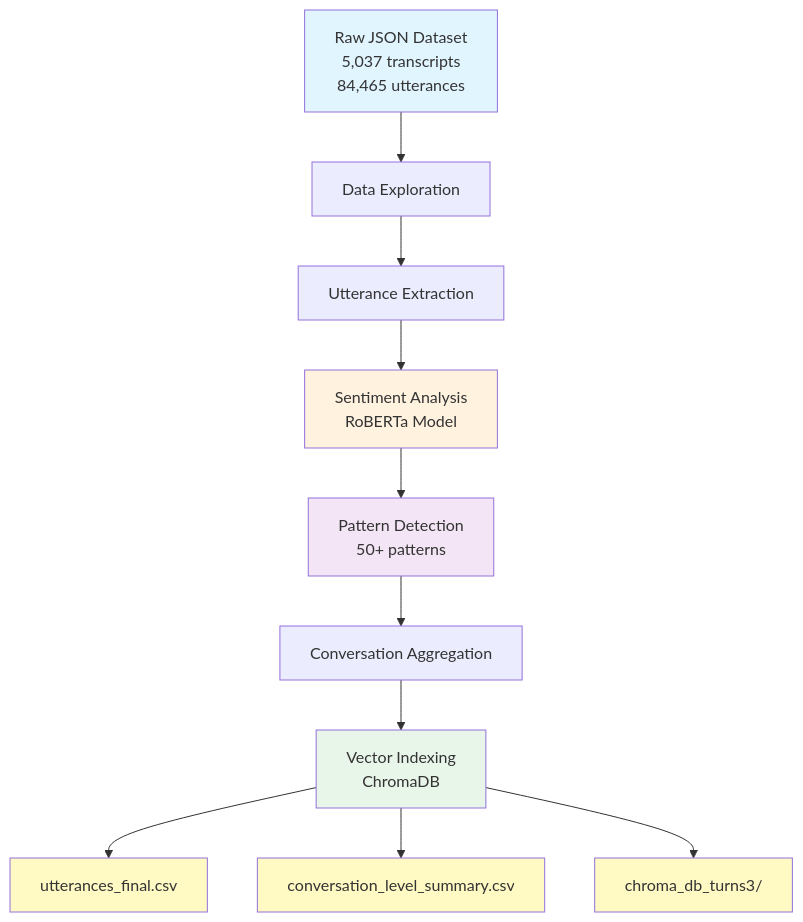
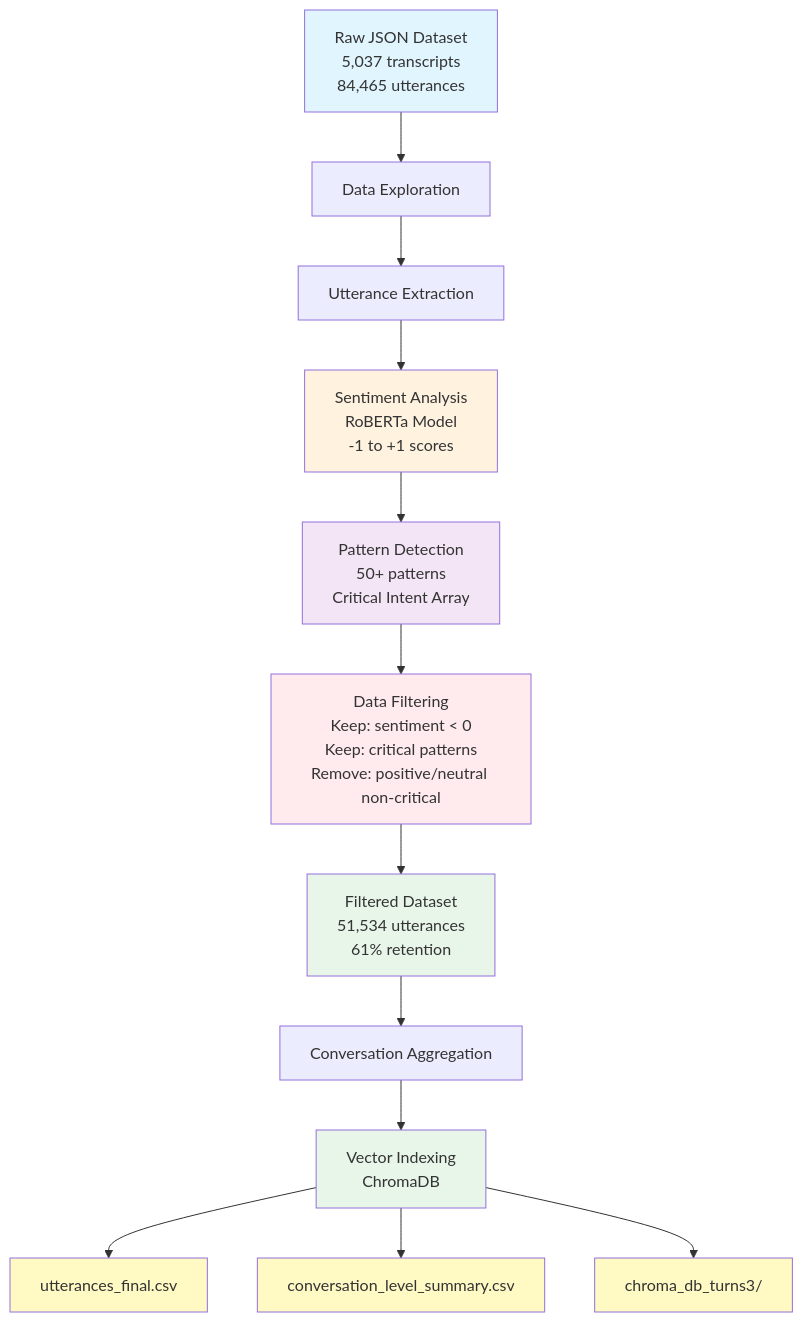
One commit to Dibyajyoti1515/pravaah-26 changed the second of 2 diagrams in design.md. Above: the diagram before and after it, drawn with Mermaid. The commit also changed other lines of this file, not shown here.

````diff
--- a/design.md
+++ b/design.md
@@ -225,20 +242,24 @@
 ```mermaid
 graph TD
     A[Raw JSON Dataset<br/>5,037 transcripts<br/>84,465 utterances] --> B[Data Exploration]
     B --> C[Utterance Extraction]
-    C --> D[Sentiment Analysis<br/>RoBERTa Model]
-    D --> E[Pattern Detection<br/>50+ patterns]
-    E --> F[Conversation Aggregation]
-    F --> G[Vector Indexing<br/>ChromaDB]
-    G --> H[utterances_final.csv]
-    G --> I[conversation_level_summary.csv]
-    G --> J[chroma_db_turns3/]
+    C --> D[Sentiment Analysis<br/>RoBERTa Model<br/>-1 to +1 scores]
+    D --> E[Pattern Detection<br/>50+ patterns<br/>Critical Intent Array]
+    E --> F[Data Filtering<br/>Keep: sentiment < 0<br/>Keep: critical patterns<br/>Remove: positive/neutral non-critical]
+    F --> G[Filtered Dataset<br/>51,534 utterances<br/>61% retention]
+    G --> H[Conversation Aggregation]
+    H --> I[Vector Indexing<br/>ChromaDB]
+    I --> J[utterances_final.csv]
+    I --> K[conversation_level_summary.csv]
+    I --> L[chroma_db_turns3/]
     
     style A fill:#e1f5ff
     style D fill:#fff3e0
     style E fill:#f3e5f5
+    style F fill:#ffebee
     style G fill:#e8f5e9
-    style H fill:#fff9c4
-    style I fill:#fff9c4
+    style I fill:#e8f5e9
     style J fill:#fff9c4
+    style K fill:#fff9c4
+    style L fill:#fff9c4
 ```
````
